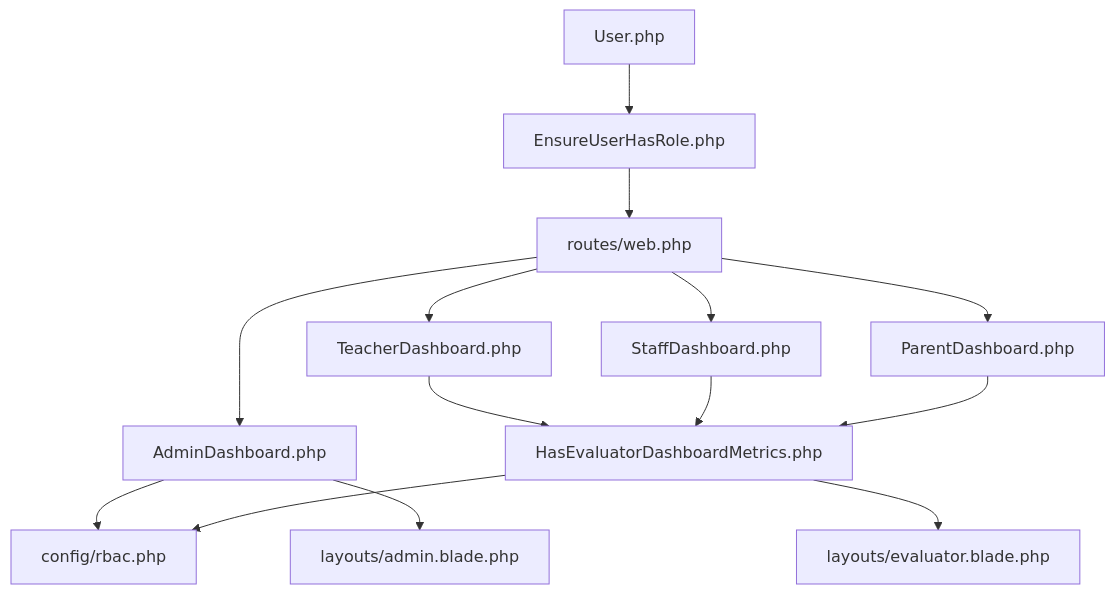
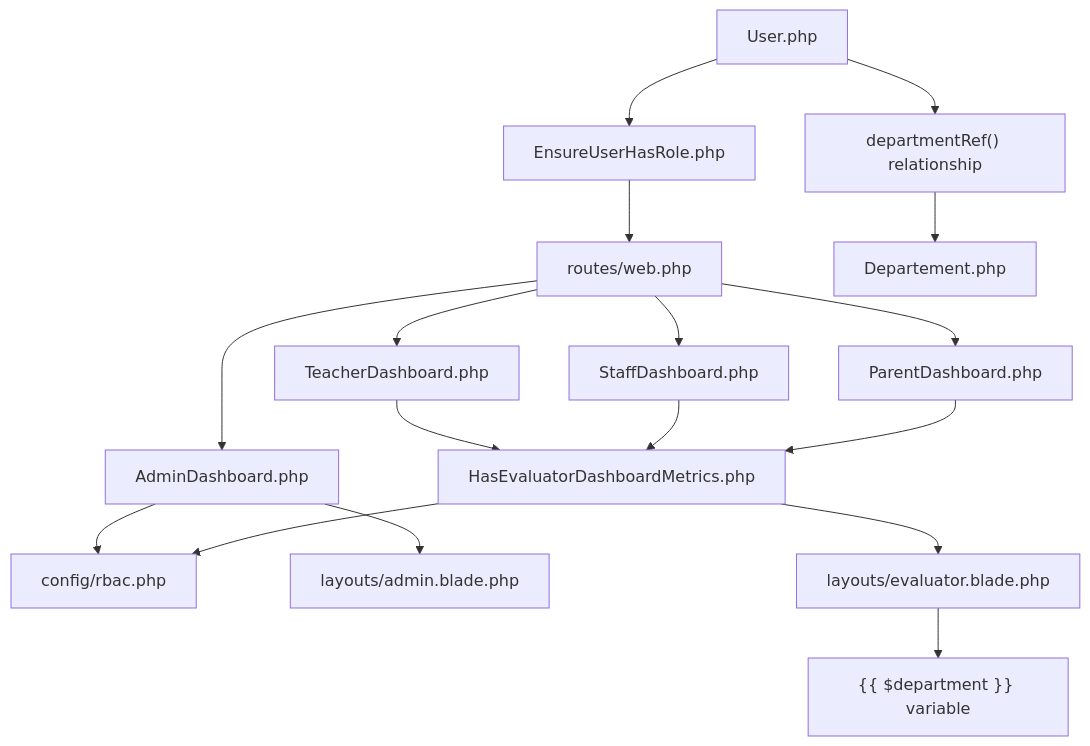
One commit to rudicatsmile/assesment360 changed the sixth of 6 diagrams in .qoder/repowiki/en/content/Core Features/User Dashboard Systems/User Dashboard Systems.md. Above: the diagram before and after it, drawn with Mermaid. The commit also changed other lines of this file and 6 other files, not shown here.

````diff
--- a/.qoder/repowiki/en/content/Core Features/User Dashboard Systems/User Dashboard Systems.md
+++ b/.qoder/repowiki/en/content/Core Features/User Dashboard Systems/User Dashboard Systems.md
@@ -332,16 +373,19 @@
 ```mermaid
 graph TB
 WEB["routes/web.php"] --> ADM["AdminDashboard.php"]
 WEB --> TEAD["TeacherDashboard.php"]
 WEB --> STAD["StaffDashboard.php"]
 WEB --> PARD["ParentDashboard.php"]
 TEAD --> TRAIT["HasEvaluatorDashboardMetrics.php"]
 STAD --> TRAIT
 PARD --> TRAIT
 ADM --> CFG["config/rbac.php"]
 TRAIT --> CFG
 ADM --> LOUT["layouts/admin.blade.php"]
 TRAIT --> LOUT2["layouts/evaluator.blade.php"]
 GUARD["EnsureUserHasRole.php"] --> WEB
 USERM["User.php"] --> GUARD
+USERM --> DEPTREL["departmentRef() relationship"]
+DEPTREL --> DEPTMODEL["Departement.php"]
+LOUT2 --> DEPTVAR["{{ $department }} variable"]
 ```
````
